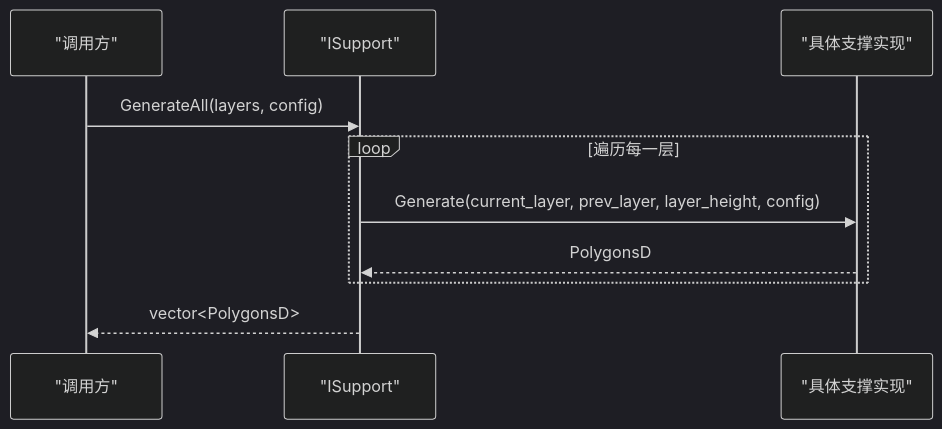
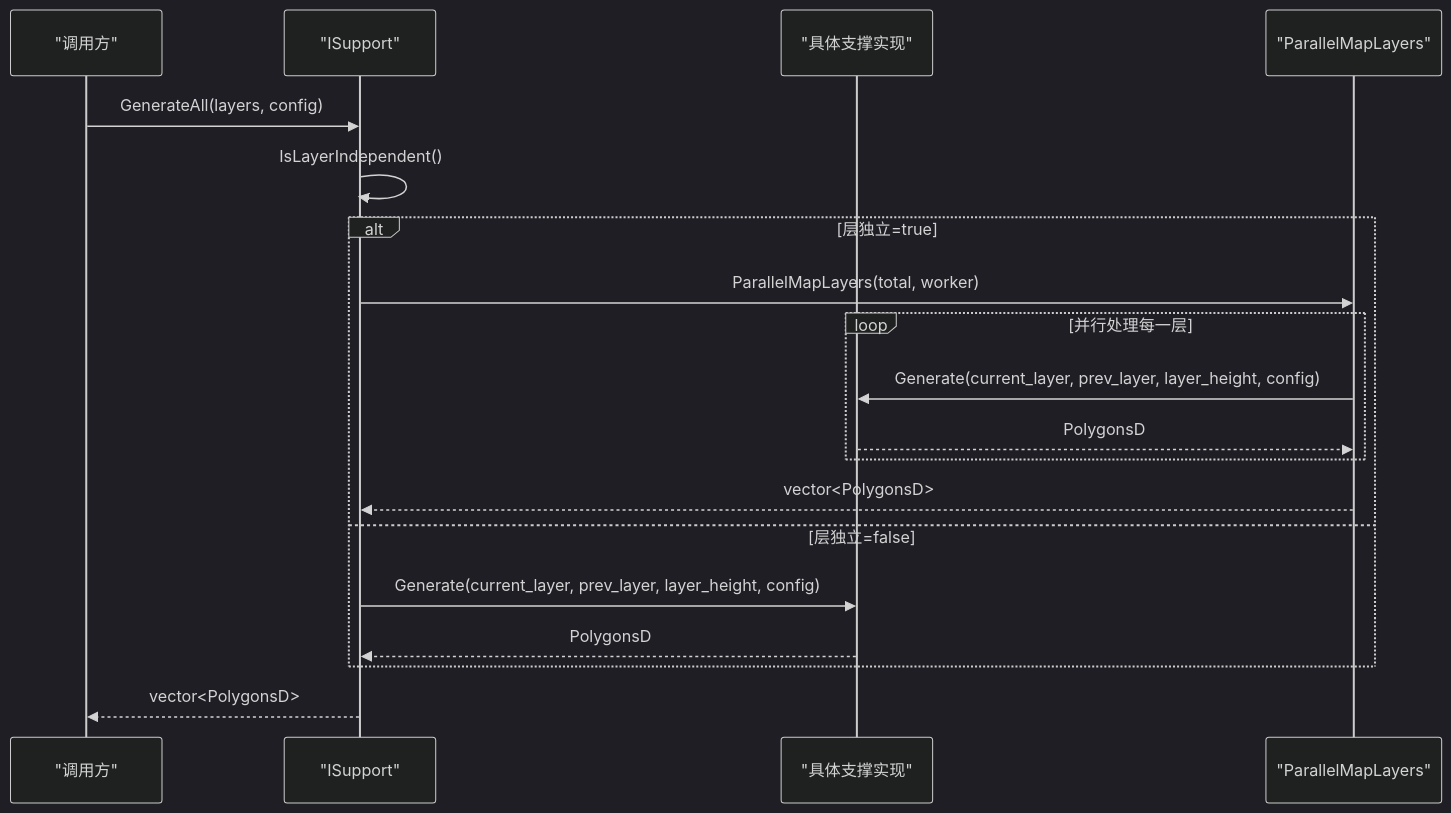
One commit to hsmbanlance/HsBaSlicer changed the third of 11 diagrams in .qoder/repowiki/zh/content/核心模块详解/支撑生成 (Support Generation)/支撑生成 (Support Generation).md. Above: the diagram before and after it, drawn with Mermaid (dark theme). The commit also changed other lines of this file and 365 other files, not shown here.

````diff
--- a/.qoder/repowiki/zh/content/核心模块详解/支撑生成 (Support Generation)/支撑生成 (Support Generation).md
+++ b/.qoder/repowiki/zh/content/核心模块详解/支撑生成 (Support Generation)/支撑生成 (Support Generation).md
@@ -181,12 +193,21 @@
 ```mermaid
 sequenceDiagram
 participant Caller as "调用方"
 participant IS as "ISupport"
 participant Impl as "具体支撑实现"
+participant PM as "ParallelMapLayers"
 Caller->>IS : GenerateAll(layers, config)
-loop 遍历每一层
+IS->>IS : IsLayerIndependent()
+alt 层独立=true
+IS->>PM : ParallelMapLayers(total, worker)
+loop 并行处理每一层
+PM->>Impl : Generate(current_layer, prev_layer, layer_height, config)
+Impl-->>PM : PolygonsD
+end
+PM-->>IS : vector<PolygonsD>
+else 层独立=false
 IS->>Impl : Generate(current_layer, prev_layer, layer_height, config)
 Impl-->>IS : PolygonsD
 end
 IS-->>Caller : vector<PolygonsD>
 ```
````
